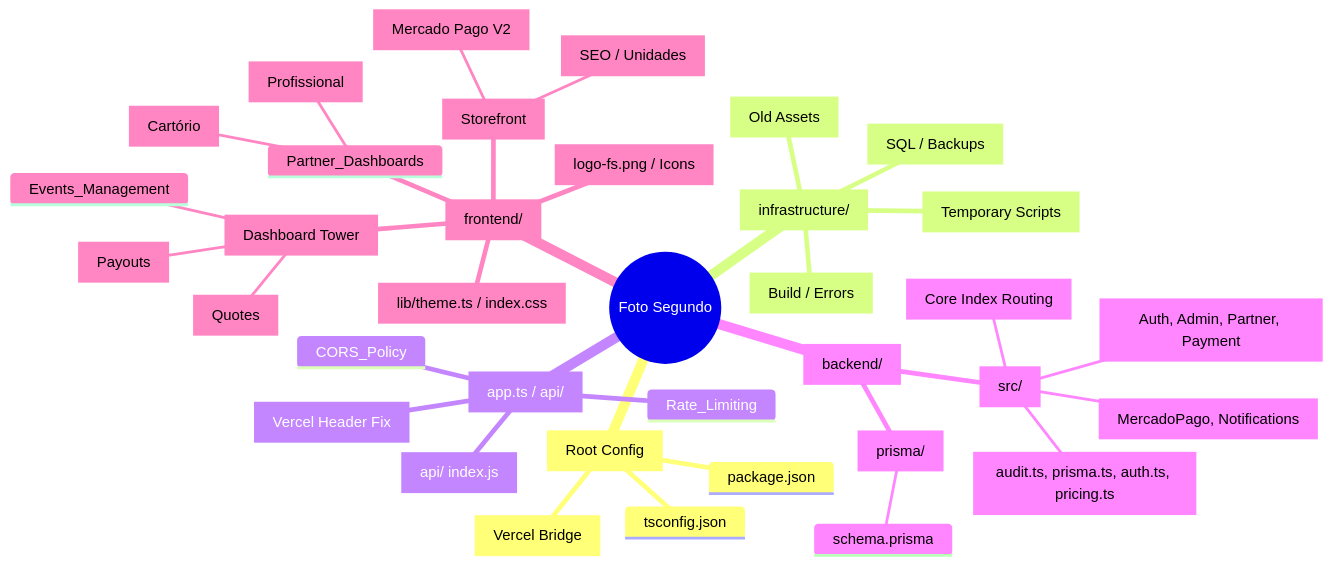
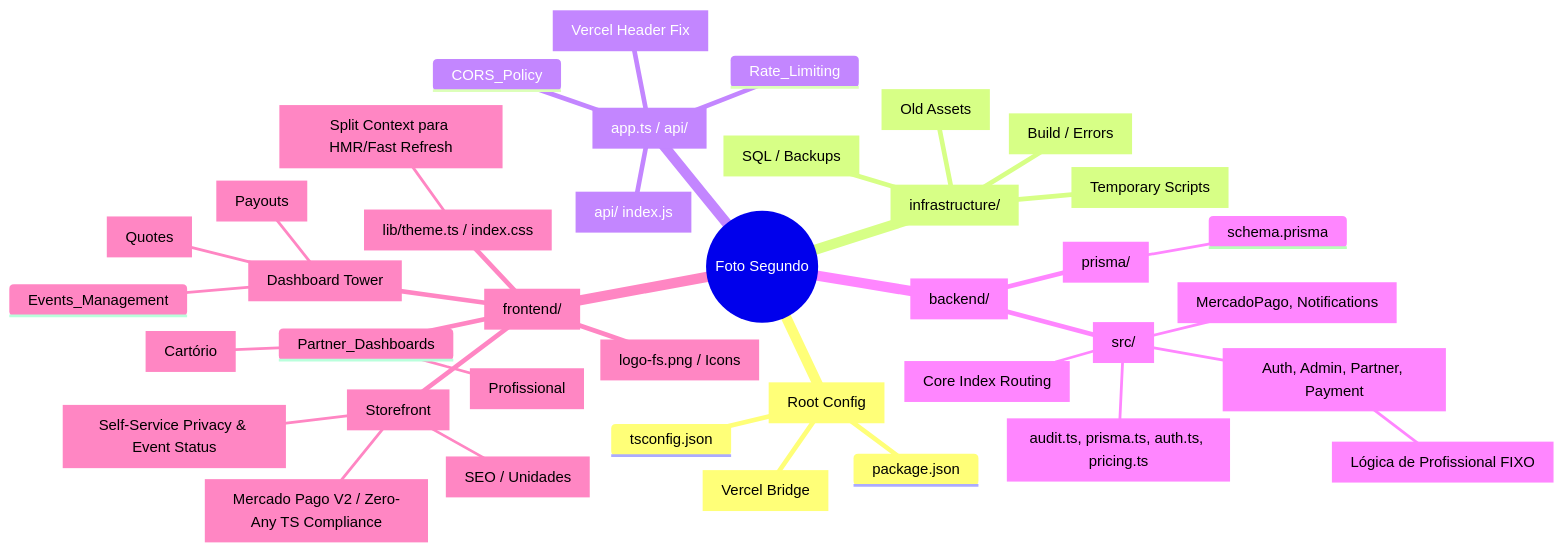
The diagram in ANOTAÇÕES/system_mind_map.md (entrelenteselugares/FS), drawn with Mermaid before and after one commit. The commit also changed 1 other file, not shown here.

Commit message:
docs: update system mind map and create recent changelog

````diff
--- a/ANOTAÇÕES/system_mind_map.md
+++ b/ANOTAÇÕES/system_mind_map.md
@@ -7,39 +7,42 @@
 ```mermaid
 mindmap
   root((Foto Segundo))
     Configurações [Root Config]
       package.json
       vercel.json [Vercel Bridge]
       tsconfig.json
     Infraestrutura [infrastructure/]
       DB_Scripts [SQL / Backups]
       Logs [Build / Errors]
       Tests [Temporary Scripts]
       Legacy [Old Assets]
     Infras_Servidor [app.ts / api/]
       Rate_Limiting
       Trust_Proxy [Vercel Header Fix]
       CORS_Policy
       Vercel_Functions [api/ index.js]
     Backend_Express [backend/]
       Prisma_DB [prisma/]
         schema.prisma
       Src_Logic [src/]
         Controllers [Auth, Admin, Partner, Payment]
+          - Auto_Allocation [Lógica de Profissional FIXO]
         Routes [Core Index Routing]
         Lib [audit.ts, prisma.ts, auth.ts, pricing.ts]
         Services [MercadoPago, Notifications]
     Frontend_React [frontend/]
       Public_Assets [logo-fs.png / Icons]
       Design_System [lib/theme.ts / index.css]
+        - Theme_Engine [Split Context para HMR/Fast Refresh]
       Administrative [Dashboard Tower]
         Events_Management
         Lead_Machine [Quotes]
         Financial_Uber_Style [Payouts]
       Partner_Dashboards
         Artista_da_Rede [Profissional]
         Unidade_Fixa [Cartório]
       Public_Pages [Storefront]
         Landing_Pages [SEO / Unidades]
-        Checkout_Flow [Mercado Pago V2]
+        - Checkout_Flow [Mercado Pago V2 / Zero-Any TS Compliance]
+        - ClienteArea [Self-Service Privacy & Event Status]
 ```
````
